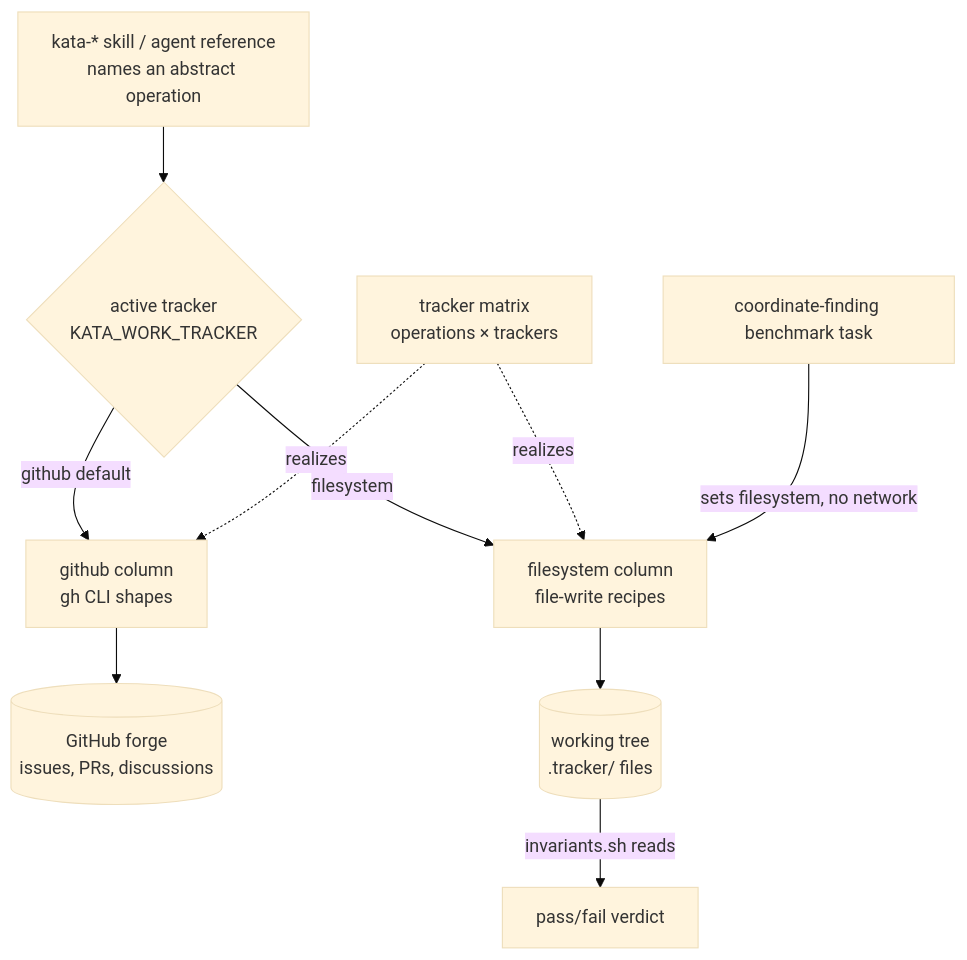
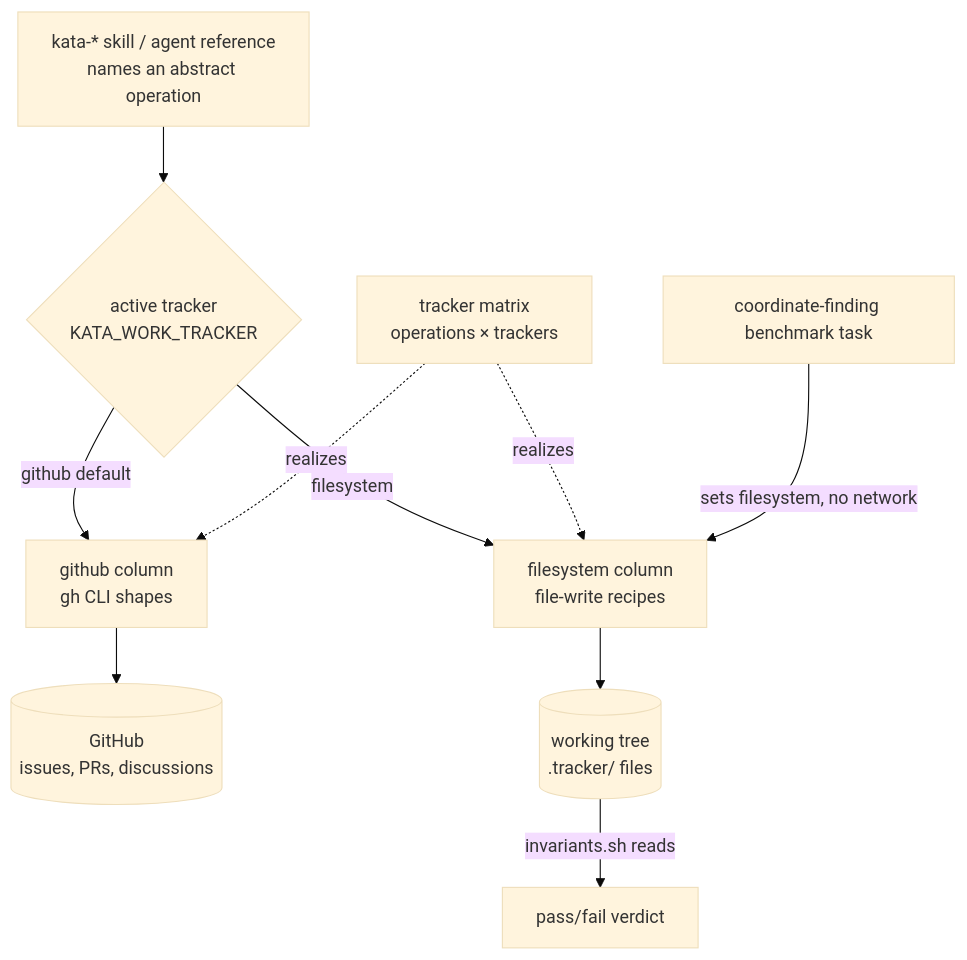
Before and after one commit to forwardimpact/monorepo: the diagram in specs/2090-work-item-provider-abstraction/design-a.md, drawn with Mermaid (base theme). The commit also changed other lines of this file and 6 other files, not shown here.

````diff
--- a/specs/2090-work-item-provider-abstraction/design-a.md
+++ b/specs/2090-work-item-provider-abstraction/design-a.md
@@ -12,12 +12,12 @@
 ```mermaid
 flowchart TD
   S[kata-* skill / agent reference<br/>names an abstract operation] --> SEL{active tracker<br/>KATA_WORK_TRACKER}
   SEL -->|github default| GH[github column<br/>gh CLI shapes]
   SEL -->|filesystem| FS[filesystem column<br/>file-write recipes]
-  GH --> FORGE[(GitHub forge<br/>issues, PRs, discussions)]
+  GH --> REMOTE[(GitHub<br/>issues, PRs, discussions)]
   FS --> TREE[(working tree<br/>.tracker/ files)]
   MATRIX[tracker matrix<br/>operations × trackers] -.realizes.-> GH
   MATRIX -.realizes.-> FS
   BENCH[coordinate-finding benchmark task] -->|sets filesystem, no network| FS
   TREE -->|invariants.sh reads| VERDICT[pass/fail verdict]
 ```
````
